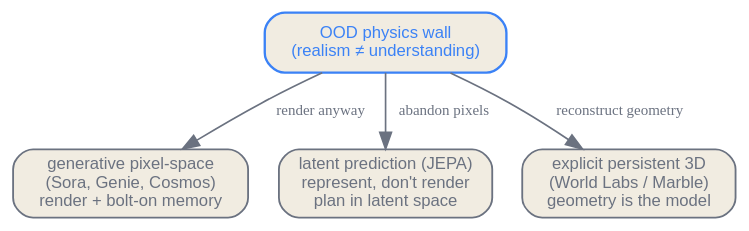
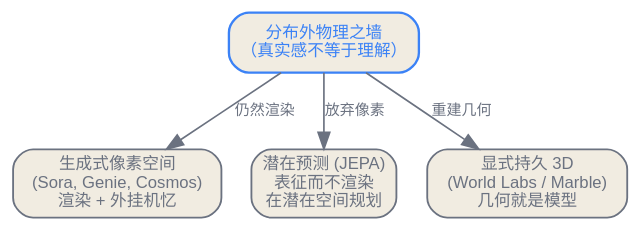
The first of 2 diagrams in zh/generative/05-beyond-text.qmd (latere-ai/ai-as-an-infrastructure), drawn with Graphviz before and after one commit. The commit also changed other lines of this file and 273 other files, not shown here.

Commit message:
docs: localize Chinese diagrams

````diff
--- a/zh/generative/05-beyond-text.qmd
+++ b/zh/generative/05-beyond-text.qmd
@@ -25,19 +25,19 @@
 ```{dot}
 //| label: fig-beyond-trichotomy
 //| fig-cap: "「世界模型是什么」的三个架构答案，每一个都是对分布外物理之墙的不同回应。生成派渲染世界、用外挂记忆给连贯性打补丁；潜在派在抽象里预测、并在那里规划；显式三维派让持久几何成为表示本身。"
 digraph trichotomy {
   rankdir=TB;
   bgcolor="transparent";
   node [shape=box, style="rounded,filled", fontname="Helvetica", fontsize=10, color="#6b7280", fontcolor="#6b7280", fillcolor="#f1ece1", penwidth=1.1];
   edge [color="#6b7280", fontcolor="#6b7280", fontsize=9];
 
-  wall [label="OOD physics wall\n(realism ≠ understanding)", color="#3b82f6", fontcolor="#3b82f6", penwidth=1.4];
-  gen  [label="generative pixel-space\n(Sora, Genie, Cosmos)\nrender + bolt-on memory"];
-  jepa [label="latent prediction (JEPA)\nrepresent, don't render\nplan in latent space"];
-  d3   [label="explicit persistent 3D\n(World Labs / Marble)\ngeometry is the model"];
+  wall [label="分布外物理之墙\n（真实感不等于理解）", color="#3b82f6", fontcolor="#3b82f6", penwidth=1.4];
+  gen  [label="生成式像素空间\n(Sora, Genie, Cosmos)\n渲染 + 外挂机忆"];
+  jepa [label="潜在预测 (JEPA)\n表征而不渲染\n在潜在空间规划"];
+  d3   [label="显式持久 3D\n(World Labs / Marble)\n几何就是模型"];
 
-  wall -> gen [label="render anyway"];
-  wall -> jepa [label="abandon pixels"];
-  wall -> d3 [label="reconstruct geometry"];
+  wall -> gen [label="仍然渲染"];
+  wall -> jepa [label="放弃像素"];
+  wall -> d3 [label="重建几何"];
 }
 ```
````
